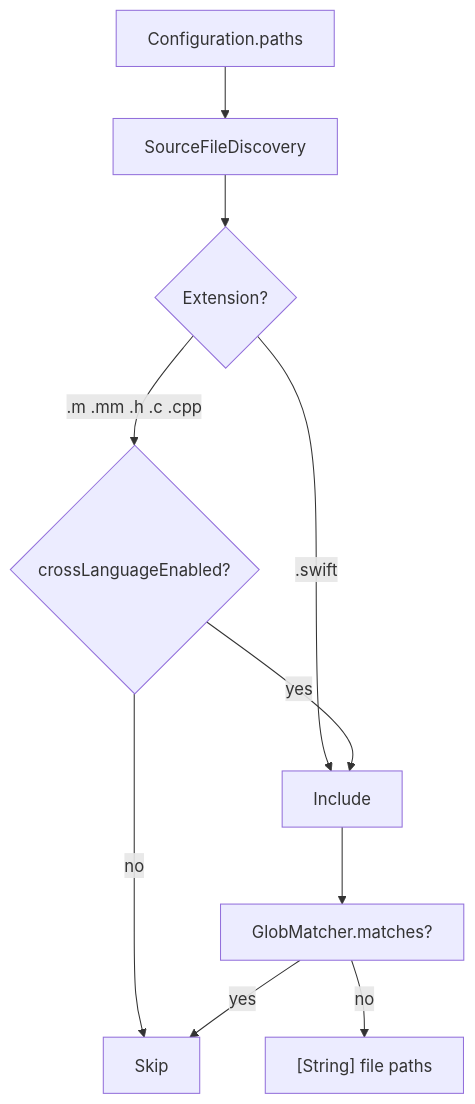
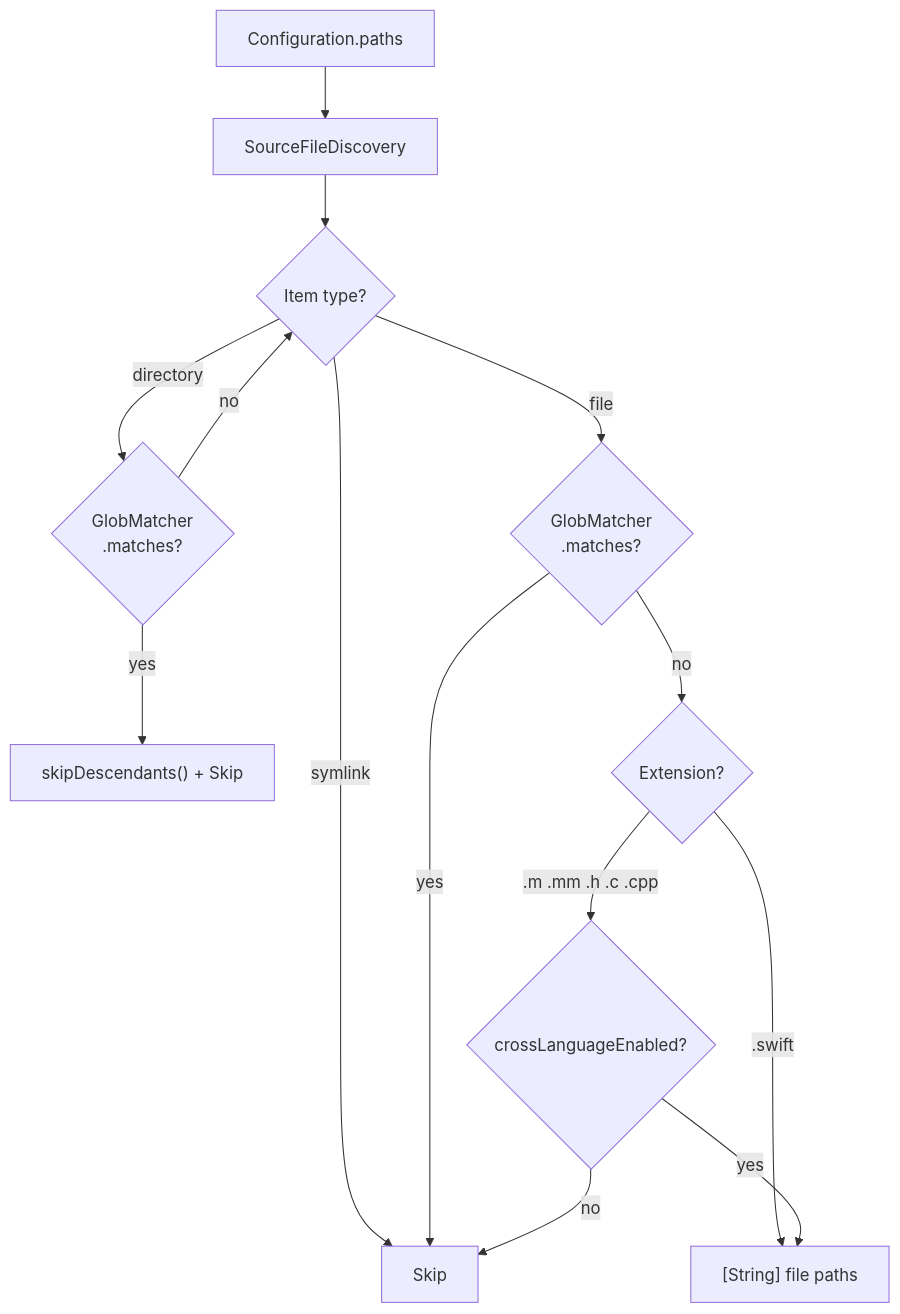
The diagram in Docs/CodeBase/02-file-discovery.md (ericodx/swift-cpd), drawn with Mermaid before and after one commit. The commit also changed other lines of this file and 1 other file, not shown here.

Commit message:
docs: clarify GlobMatcher matching semantics and fix discovery flowchart

````diff
--- a/Docs/CodeBase/02-file-discovery.md
+++ b/Docs/CodeBase/02-file-discovery.md
@@ -11,12 +11,16 @@
 ```mermaid
 flowchart TD
     paths["Configuration.paths"] --> SFD["SourceFileDiscovery"]
-    SFD --> ext{Extension?}
-    ext -- .swift --> inc[Include]
+    SFD --> item{Item type?}
+    item -- symlink --> skip[Skip]
+    item -- directory --> excl{"GlobMatcher\n.matches?"}
+    excl -- yes --> prune["skipDescendants() + Skip"]
+    excl -- no --> item
+    item -- file --> excl2{"GlobMatcher\n.matches?"}
+    excl2 -- yes --> skip
+    excl2 -- no --> ext{Extension?}
+    ext -- .swift --> result["[String] file paths"]
     ext -- ".m .mm .h .c .cpp" --> CL{crossLanguageEnabled?}
-    CL -- yes --> inc
-    CL -- no --> skip[Skip]
-    inc --> glob["GlobMatcher.matches?"]
-    glob -- yes --> skip
-    glob -- no --> result["[String] file paths"]
+    CL -- yes --> result
+    CL -- no --> skip
 ```
````
